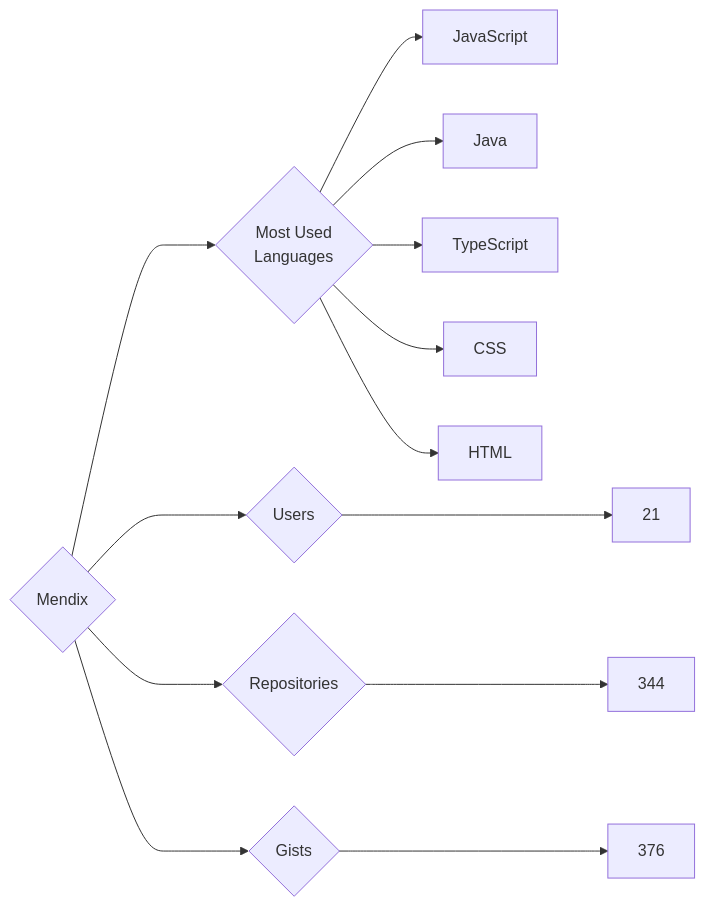
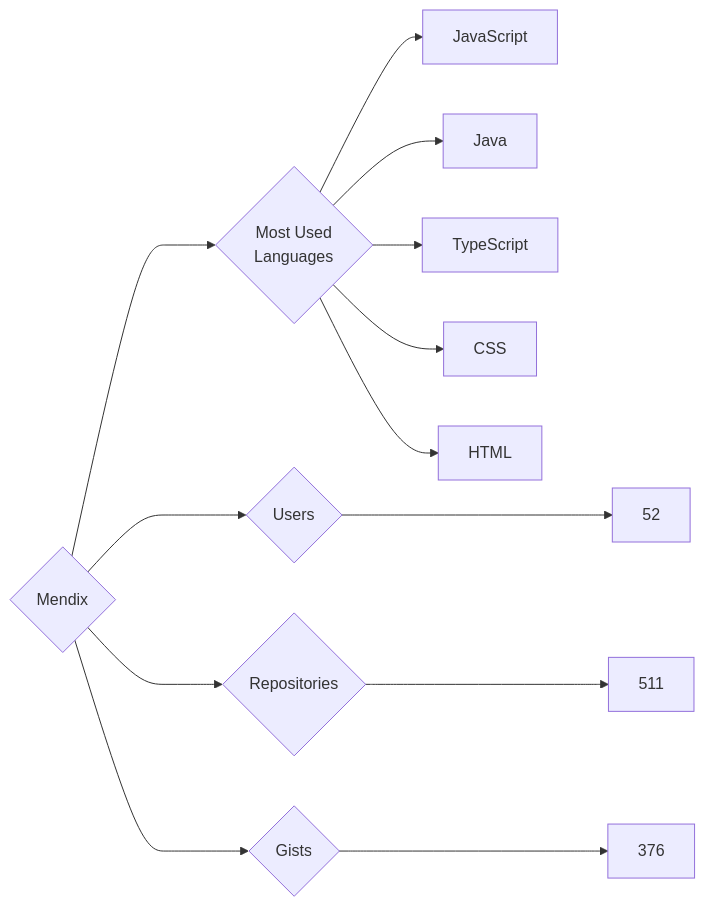
The diagram in targets/Mendix/README.md (trickest/insiders), drawn with Mermaid before and after one commit. The commit also changed 799 other files, not shown here.

````diff
--- a/targets/Mendix/README.md
+++ b/targets/Mendix/README.md
@@ -3,13 +3,13 @@
 ```mermaid
 graph LR
 COMPANY_NAME{Mendix}
-COMPANY_NAME ---> U{Users} ---> UN[21]
-COMPANY_NAME ---> R{Repositories} ---> RN[344]
+COMPANY_NAME ---> U{Users} ---> UN[52]
+COMPANY_NAME ---> R{Repositories} ---> RN[511]
 COMPANY_NAME ---> G{Gists} ---> GN[376]
 COMPANY_NAME ---> ML{Most Used<br>Languages}
 ML --> JavaScript[JavaScript]
 ML --> Java[Java]
 ML --> TypeScript[TypeScript]
 ML --> CSS[CSS]
 ML --> HTML[HTML]
 ```
````
